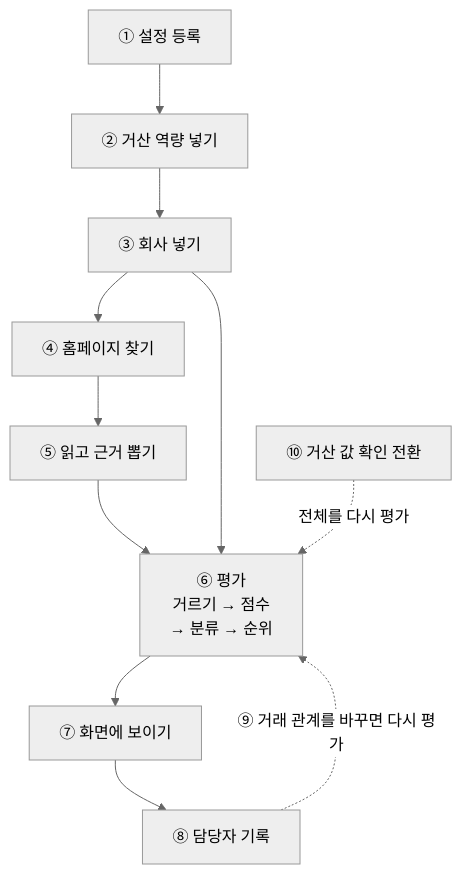
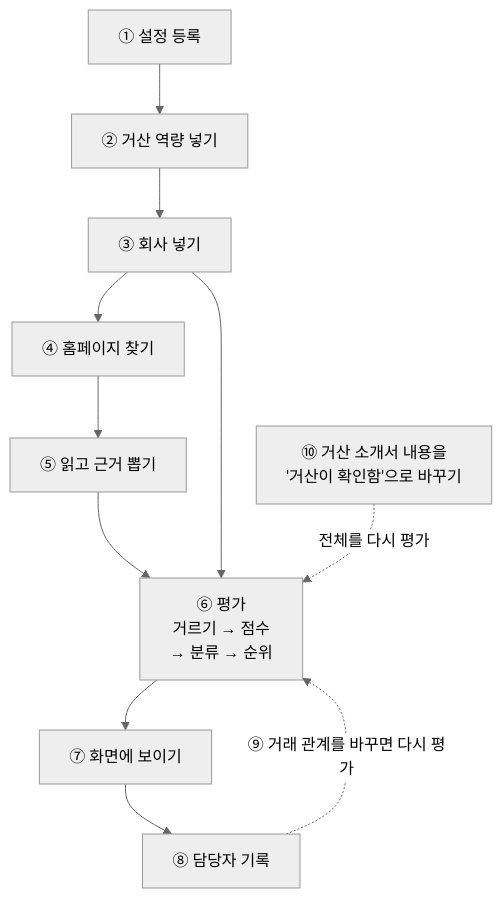
The second of 3 diagrams in docs/map/structure-map.md (agent-ddalgi-team/final-geosan), drawn with Mermaid (neutral theme) before and after one commit.

Commit message:
구조 지도 그림의 ⑩ 이름을 풀어 쓴다: '거산 소개서 내용을 거산이 확인함으로 바꾸기' (#310)
'거산 값 확인 전환'만으로는 거래 관계 확인과 헷갈려서 PM이 문구를 정했다.

````diff
--- a/docs/map/structure-map.md
+++ b/docs/map/structure-map.md
@@ -62,9 +62,9 @@
 ```mermaid
 flowchart TB
     S1["① 설정 등록"] --> S2["② 거산 역량 넣기"] --> S3["③ 회사 넣기"]
     S3 --> S4["④ 홈페이지 찾기"] --> S5["⑤ 읽고 근거 뽑기"] --> S6["⑥ 평가<br/>거르기 → 점수<br/>→ 분류 → 순위"]
     S3 --> S6
     S6 --> S7["⑦ 화면에 보이기"] --> S8["⑧ 담당자 기록"]
     S8 -.->|"⑨ 거래 관계를 바꾸면 다시 평가"| S6
-    S10["⑩ 거산 값 확인 전환"] -.->|"전체를 다시 평가"| S6
+    S10["⑩ 거산 소개서 내용을<br/>'거산이 확인함'으로 바꾸기"] -.->|"전체를 다시 평가"| S6
 ```
````
